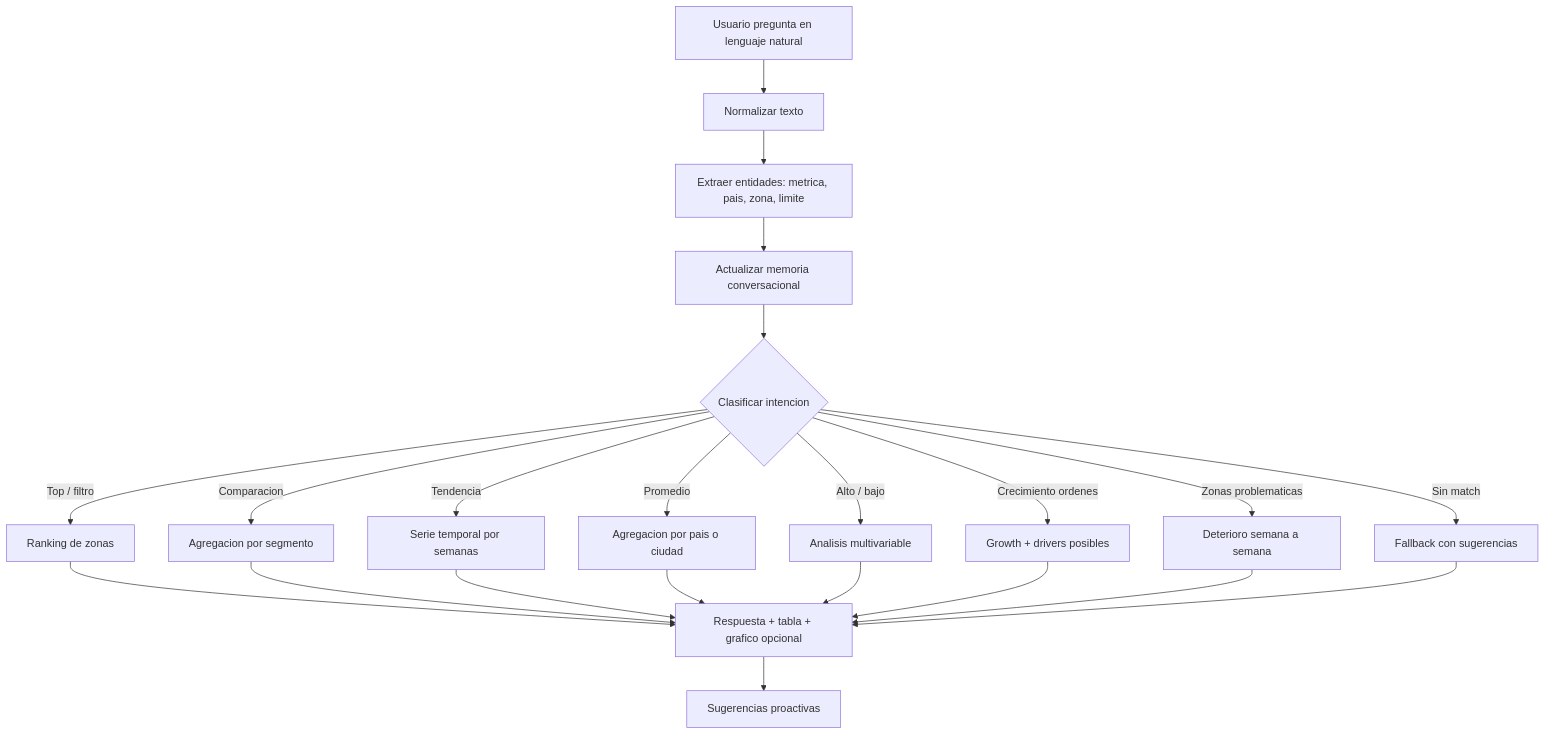
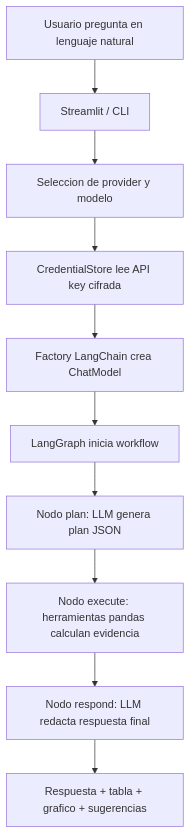
Before and after one commit to gabykap29/technical_test_rappi_agent_gabriel_acosta: the diagram in ANALISIS.md, drawn with Mermaid. The commit also changed other lines of this file and 12 other files, not shown here.

````diff
--- a/ANALISIS.md
+++ b/ANALISIS.md
@@ -50,24 +63,12 @@
 ```mermaid
 flowchart TD
-    A[Usuario pregunta en lenguaje natural] --> B[Normalizar texto]
-    B --> C[Extraer entidades: metrica, pais, zona, limite]
-    C --> D[Actualizar memoria conversacional]
-    D --> E{Clasificar intencion}
-    E -->|Top / filtro| F[Ranking de zonas]
-    E -->|Comparacion| G[Agregacion por segmento]
-    E -->|Tendencia| H[Serie temporal por semanas]
-    E -->|Promedio| I[Agregacion por pais o ciudad]
-    E -->|Alto / bajo| J[Analisis multivariable]
-    E -->|Crecimiento ordenes| K[Growth + drivers posibles]
-    E -->|Zonas problematicas| L[Deterioro semana a semana]
-    E -->|Sin match| M[Fallback con sugerencias]
-    F --> N[Respuesta + tabla + grafico opcional]
-    G --> N
-    H --> N
-    I --> N
-    J --> N
-    K --> N
-    L --> N
-    M --> N
-    N --> O[Sugerencias proactivas]
+    A[Usuario pregunta en lenguaje natural] --> B[Streamlit / CLI]
+    B --> C[Seleccion de provider y modelo]
+    C --> D[CredentialStore lee API key cifrada]
+    D --> E[Factory LangChain crea ChatModel]
+    E --> F[LangGraph inicia workflow]
+    F --> G[Nodo plan: LLM genera plan JSON]
+    G --> H[Nodo execute: herramientas pandas calculan evidencia]
+    H --> I[Nodo respond: LLM redacta respuesta final]
+    I --> J[Respuesta + tabla + grafico + sugerencias]
 ```
````
